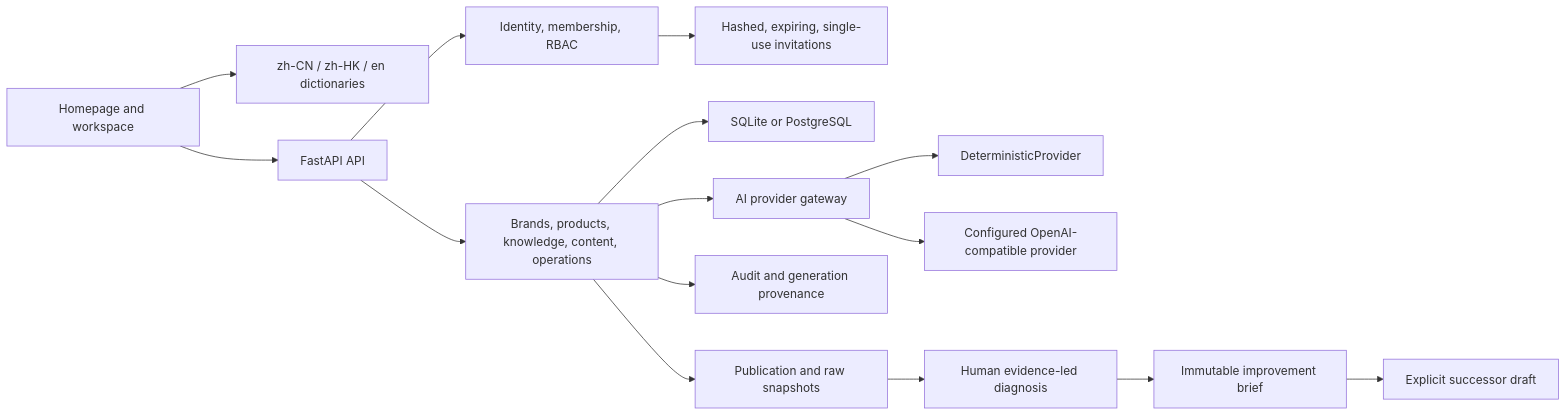
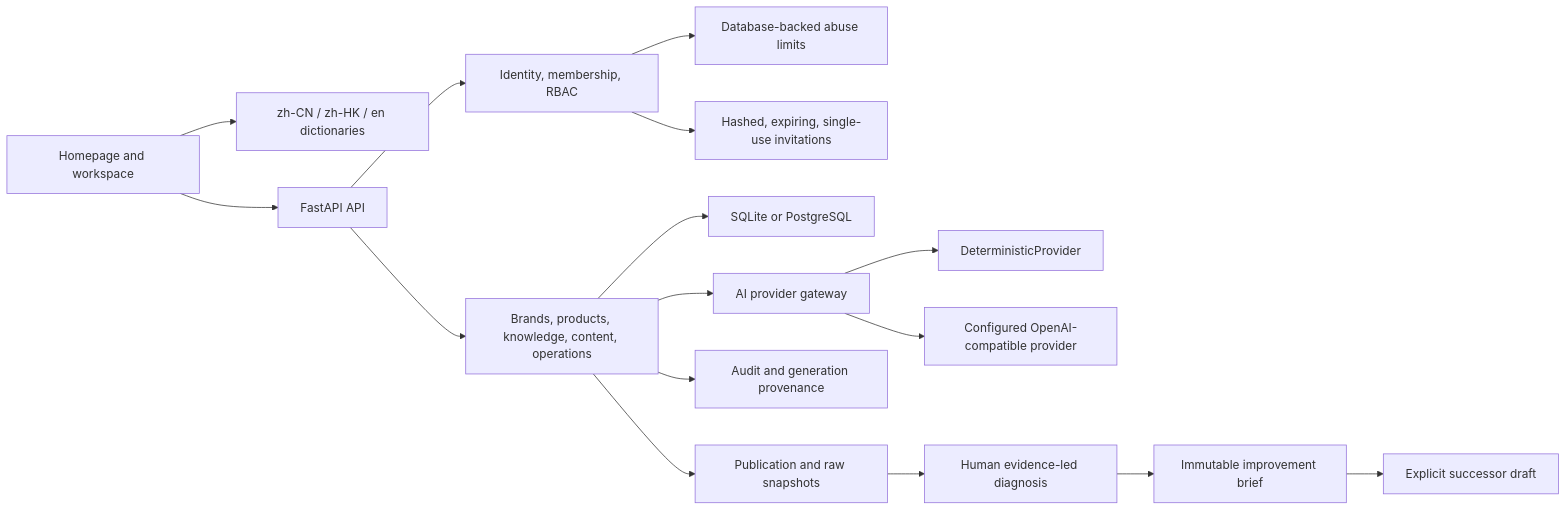
One commit to KayZhongyi/heyu-ai changed the first of 2 diagrams in docs/architecture.md. Above: the diagram before and after it, drawn with Mermaid. The commit also changed other lines of this file and 19 other files, not shown here.

````diff
--- a/docs/architecture.md
+++ b/docs/architecture.md
@@ -16,17 +16,18 @@
 ```mermaid
 flowchart LR
   Web["Homepage and workspace"] --> I18n["zh-CN / zh-HK / en dictionaries"]
   Web --> API["FastAPI API"]
   API --> Auth["Identity, membership, RBAC"]
+  Auth --> Abuse["Database-backed abuse limits"]
   Auth --> Invite["Hashed, expiring, single-use invitations"]
   API --> Domain["Brands, products, knowledge, content, operations"]
   Domain --> DB["SQLite or PostgreSQL"]
   Domain --> Gateway["AI provider gateway"]
   Gateway --> Deterministic["DeterministicProvider"]
   Gateway --> External["Configured OpenAI-compatible provider"]
   Domain --> Audit["Audit and generation provenance"]
   Domain --> Publication["Publication and raw snapshots"]
   Publication --> Diagnosis["Human evidence-led diagnosis"]
   Diagnosis --> Brief["Immutable improvement brief"]
   Brief --> Version["Explicit successor draft"]
 ```
````
